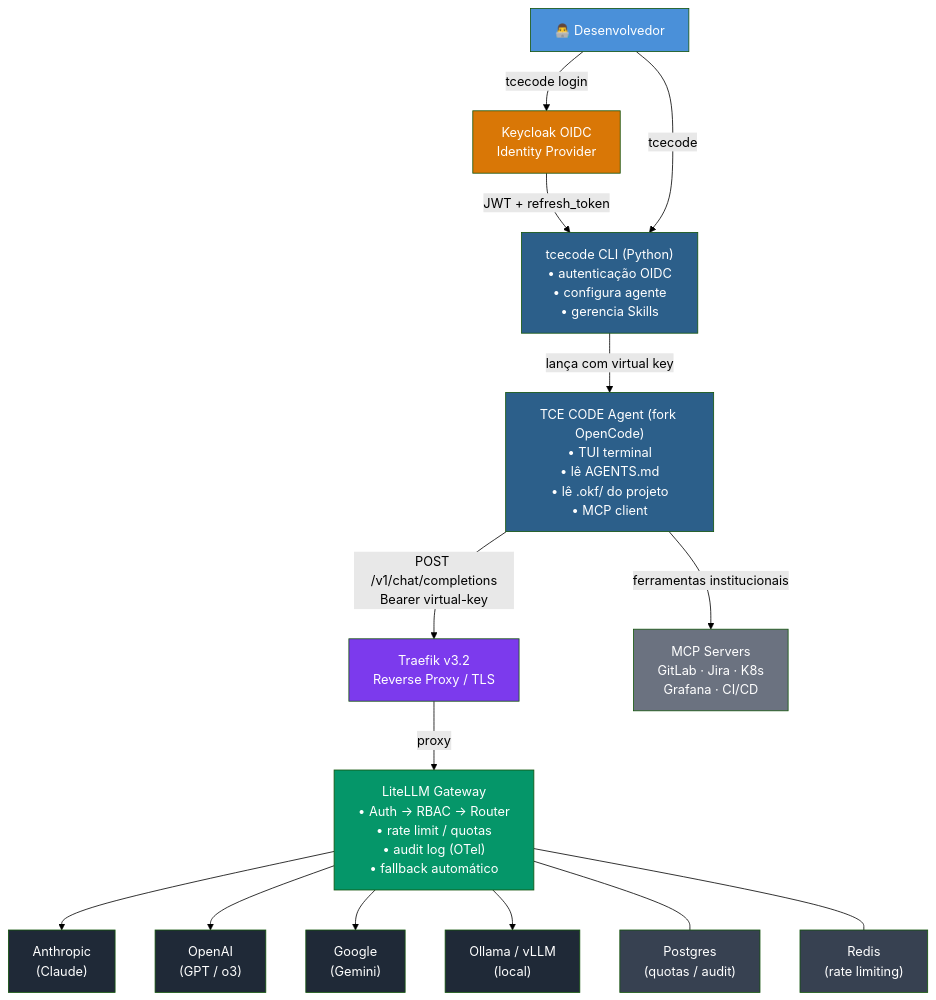
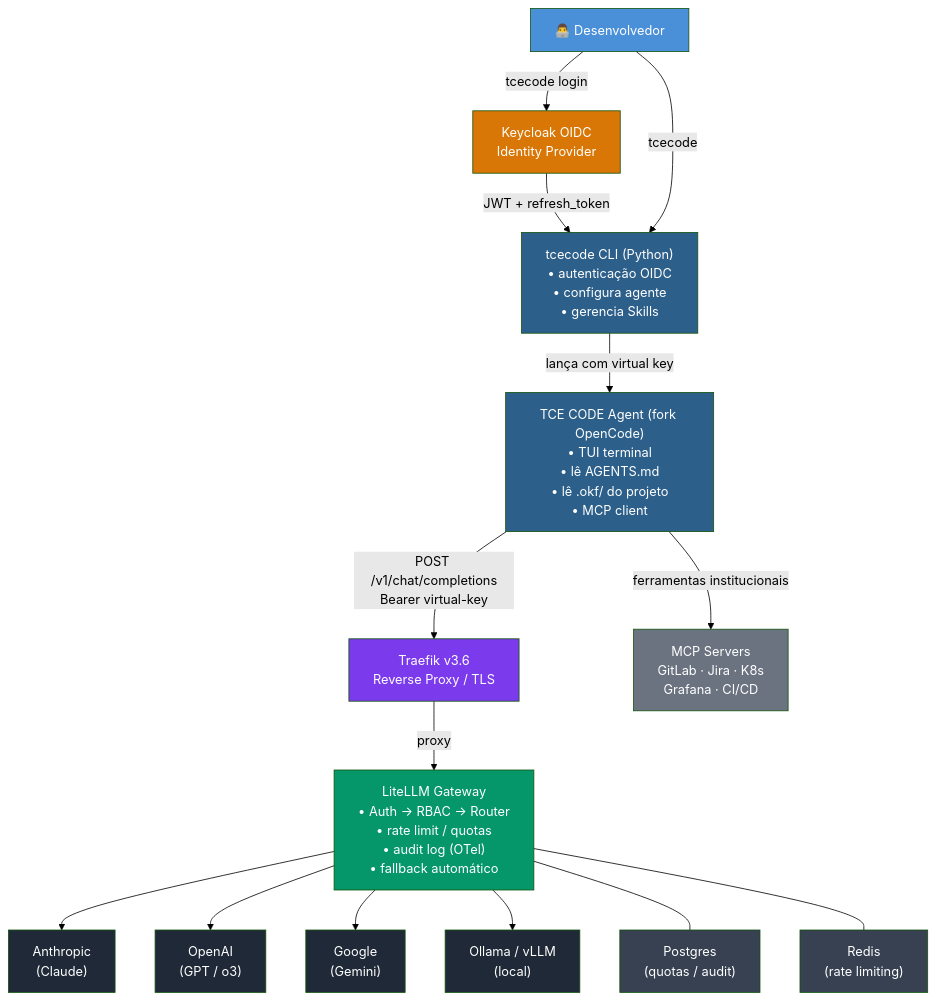
One commit to brenothales/tcecode changed the diagram in knowledge/architecture/overview.md. Above: the diagram before and after it, drawn with Mermaid (forest theme). The commit also changed 8 other files, not shown here.

````diff
--- a/knowledge/architecture/overview.md
+++ b/knowledge/architecture/overview.md
@@ -24,44 +24,44 @@
 ```mermaid
 graph TD
     Dev["👨‍💻 Desenvolvedor"]
     CLI["tcecode CLI (Python)\n• autenticação OIDC\n• configura agente\n• gerencia Skills"]
     Agent["TCE CODE Agent (fork OpenCode)\n• TUI terminal\n• lê AGENTS.md\n• lê .okf/ do projeto\n• MCP client"]
     Keycloak["Keycloak OIDC\nIdentity Provider"]
-    Traefik["Traefik v3.2\nReverse Proxy / TLS"]
+    Traefik["Traefik v3.6\nReverse Proxy / TLS"]
     Gateway["LiteLLM Gateway\n• Auth → RBAC → Router\n• rate limit / quotas\n• audit log (OTel)\n• fallback automático"]
     Anthropic["Anthropic\n(Claude)"]
     OpenAI["OpenAI\n(GPT / o3)"]
     Gemini["Google\n(Gemini)"]
     Ollama["Ollama / vLLM\n(local)"]
     MCP["MCP Servers\nGitLab · Jira · K8s\nGrafana · CI/CD"]
     PG["Postgres\n(quotas / audit)"]
     Redis["Redis\n(rate limiting)"]
 
     Dev -->|"tcecode login"| Keycloak
     Keycloak -->|"JWT + refresh_token"| CLI
     Dev -->|"tcecode"| CLI
     CLI -->|"lança com virtual key"| Agent
     Agent -->|"POST /v1/chat/completions\nBearer virtual-key"| Traefik
     Agent -->|"ferramentas institucionais"| MCP
     Traefik -->|"proxy"| Gateway
     Gateway --> Anthropic
     Gateway --> OpenAI
     Gateway --> Gemini
     Gateway --> Ollama
     Gateway --- PG
     Gateway --- Redis
 
     style Dev fill:#4A90D9,color:#fff
     style CLI fill:#2C5F8A,color:#fff
     style Agent fill:#2C5F8A,color:#fff
     style Keycloak fill:#D97706,color:#fff
     style Traefik fill:#7C3AED,color:#fff
     style Gateway fill:#059669,color:#fff
     style MCP fill:#6B7280,color:#fff
     style Anthropic fill:#1F2937,color:#fff
     style OpenAI fill:#1F2937,color:#fff
     style Gemini fill:#1F2937,color:#fff
     style Ollama fill:#1F2937,color:#fff
     style PG fill:#374151,color:#fff
     style Redis fill:#374151,color:#fff
 ```
````
